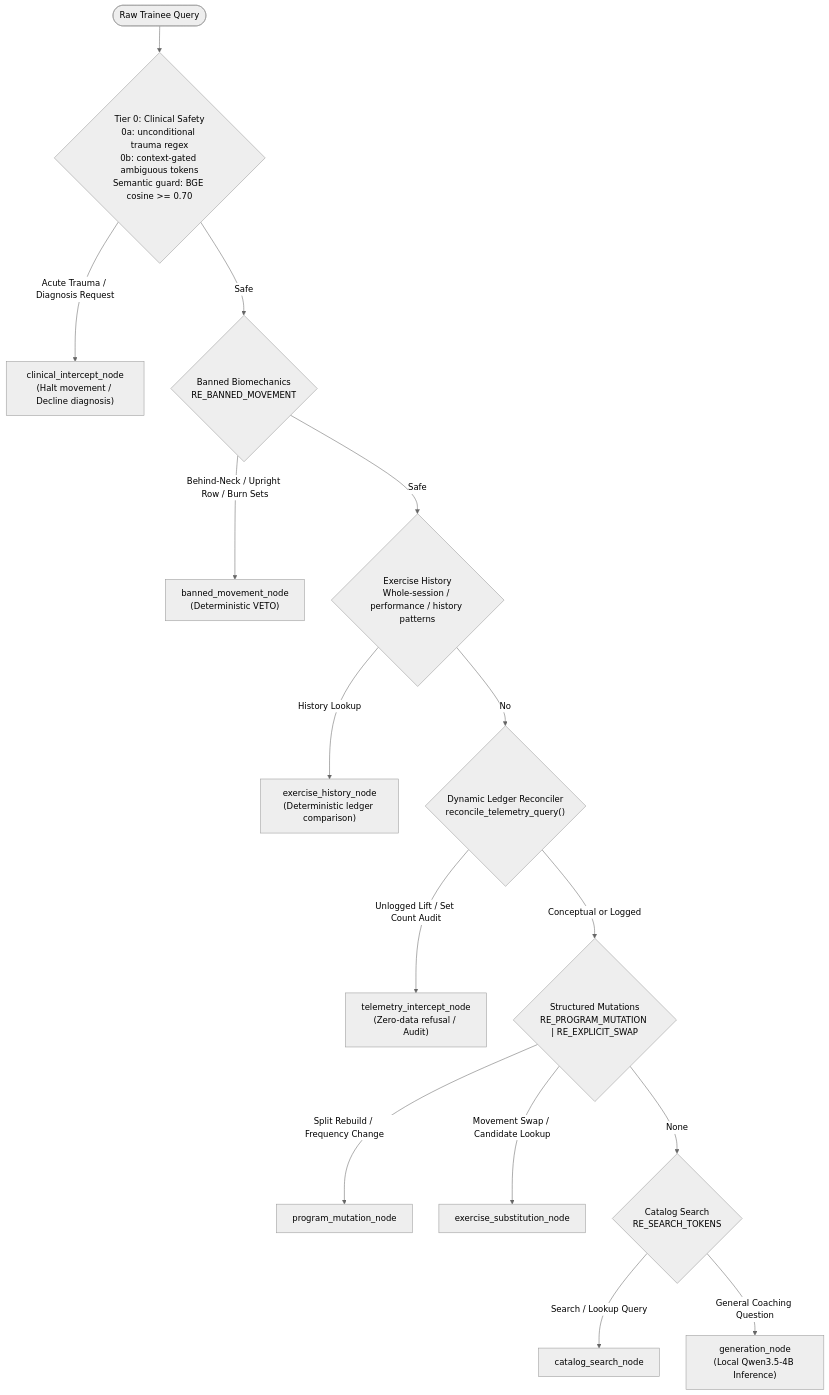
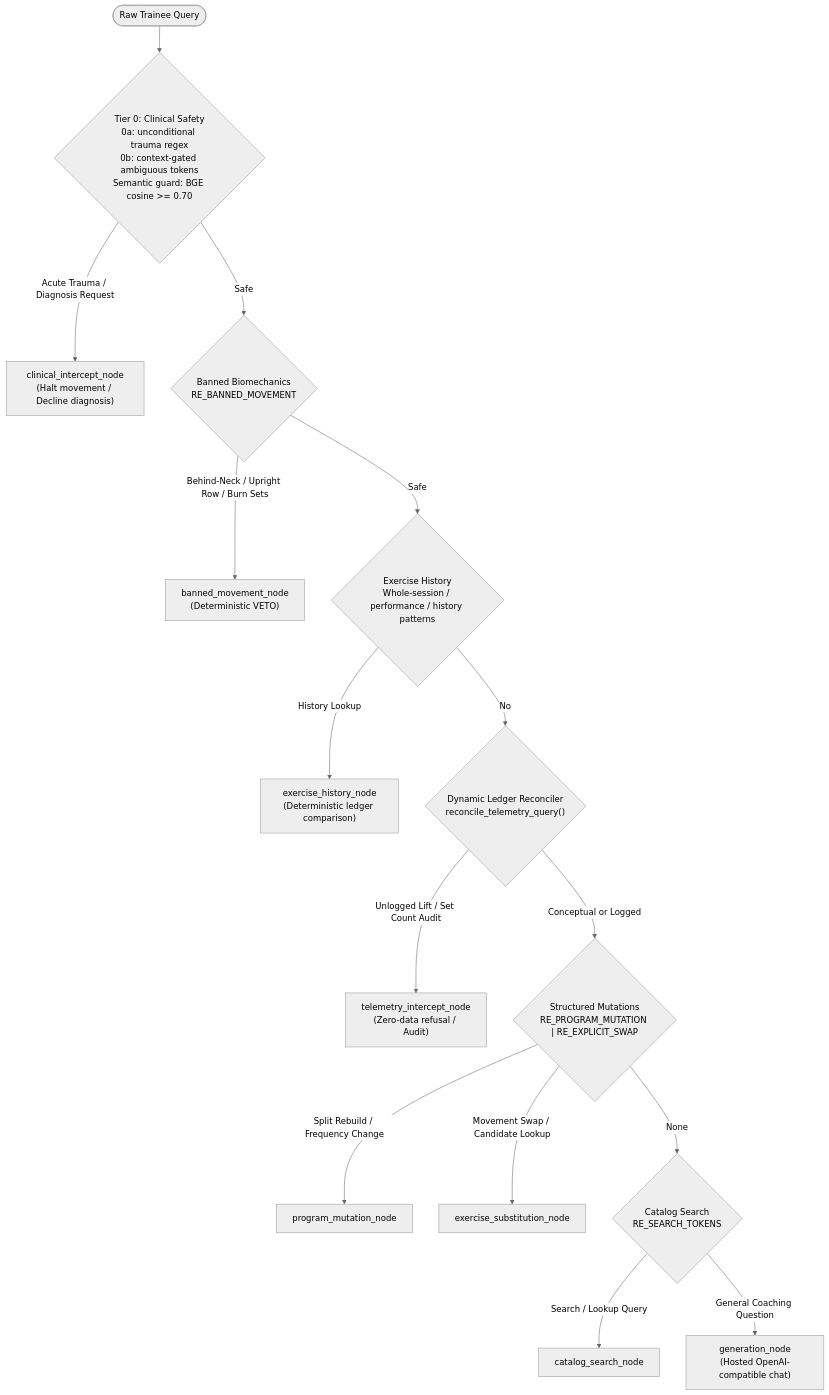
One commit to ahmedtvmer/MAYOS changed the third of 8 diagrams in docs/ARCHITECTURE.md. Above: the diagram before and after it, drawn with Mermaid (neutral theme). The commit also changed other lines of this file and 64 other files, not shown here.

Commit message:
refactor: remove the local GGUF chat backend; hosted-only models with a scripted fake for tests (#266)

````diff
--- a/docs/ARCHITECTURE.md
+++ b/docs/ARCHITECTURE.md
@@ -165,23 +165,23 @@
 ```mermaid
 flowchart TD
     Start(["Raw Trainee Query"]) --> Tier0{"Tier 0: Clinical Safety\n0a: unconditional trauma regex\n0b: context-gated ambiguous tokens\nSemantic guard: BGE cosine >= 0.70"}
 
     Tier0 -- "Acute Trauma / Diagnosis Request" --> ClinNode["clinical_intercept_node\n(Halt movement / Decline diagnosis)"]
     Tier0 -- Safe --> Banned{"Banned Biomechanics\nRE_BANNED_MOVEMENT"}
 
     Banned -- "Behind-Neck / Upright Row / Burn Sets" --> BannedNode["banned_movement_node\n(Deterministic VETO)"]
     Banned -- Safe --> Hist{"Exercise History\nWhole-session / performance / history patterns"}
 
     Hist -- "History Lookup" --> HistNode["exercise_history_node\n(Deterministic ledger comparison)"]
     Hist -- No --> Telemetry{"Dynamic Ledger Reconciler\nreconcile_telemetry_query()"}
 
     Telemetry -- "Unlogged Lift / Set Count Audit" --> TelemetryNode["telemetry_intercept_node\n(Zero-data refusal / Audit)"]
     Telemetry -- "Conceptual or Logged" --> Mutations{"Structured Mutations\nRE_PROGRAM_MUTATION | RE_EXPLICIT_SWAP"}
 
     Mutations -- "Split Rebuild / Frequency Change" --> MutNode["program_mutation_node"]
     Mutations -- "Movement Swap / Candidate Lookup" --> SubNode["exercise_substitution_node"]
     Mutations -- "None" --> Search{"Catalog Search\nRE_SEARCH_TOKENS"}
 
     Search -- "Search / Lookup Query" --> CatNode["catalog_search_node"]
-    Search -- "General Coaching Question" --> GenNode["generation_node\n(Local Qwen3.5-4B Inference)"]
+    Search -- "General Coaching Question" --> GenNode["generation_node\n(Hosted OpenAI-compatible chat)"]
 ```
````
